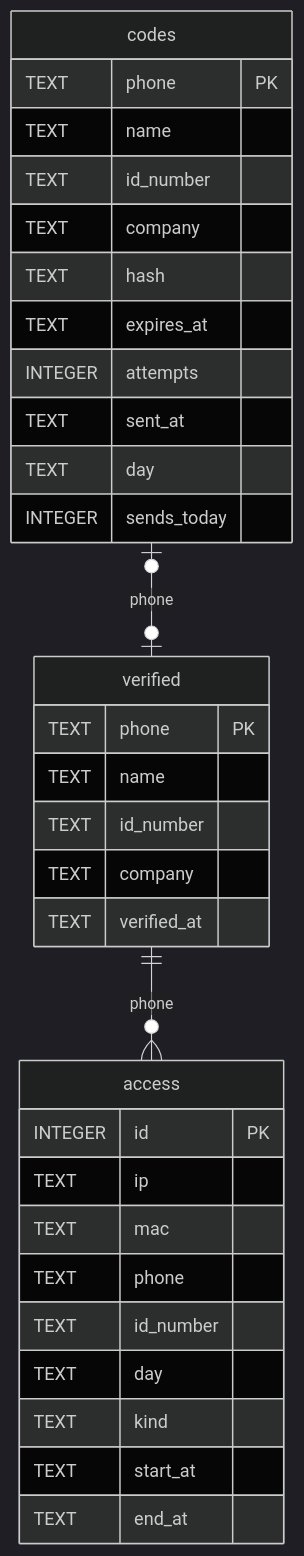
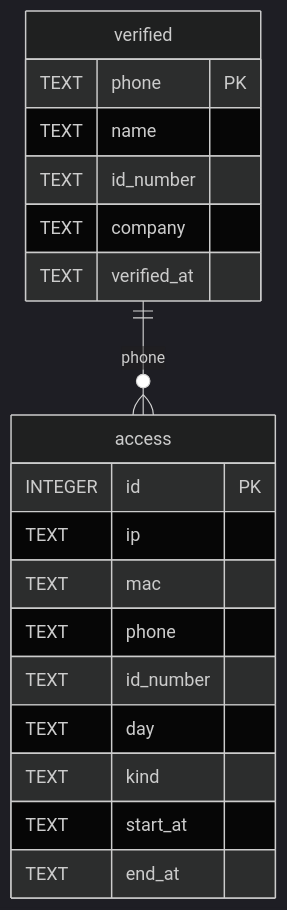
The diagram in docs/reference/database/esquema.md (TipoTramquilo/byteservices-portal), drawn with Mermaid (dark theme) before and after one commit. The commit also changed other lines of this file and 26 other files, not shown here.

````diff
--- a/docs/reference/database/esquema.md
+++ b/docs/reference/database/esquema.md
@@ -8,35 +8,22 @@
 ```mermaid
 erDiagram
     verified ||--o{ access : "phone"
-    codes |o--o| verified : "phone"
     verified {
         TEXT phone PK
         TEXT name
         TEXT id_number
         TEXT company
         TEXT verified_at
-    }
-    codes {
-        TEXT phone PK
-        TEXT name
-        TEXT id_number
-        TEXT company
-        TEXT hash
-        TEXT expires_at
-        INTEGER attempts
-        TEXT sent_at
-        TEXT day
-        INTEGER sends_today
     }
     access {
         INTEGER id PK
         TEXT ip
         TEXT mac
         TEXT phone
         TEXT id_number
         TEXT day
         TEXT kind
         TEXT start_at
         TEXT end_at
     }
 ```
````
